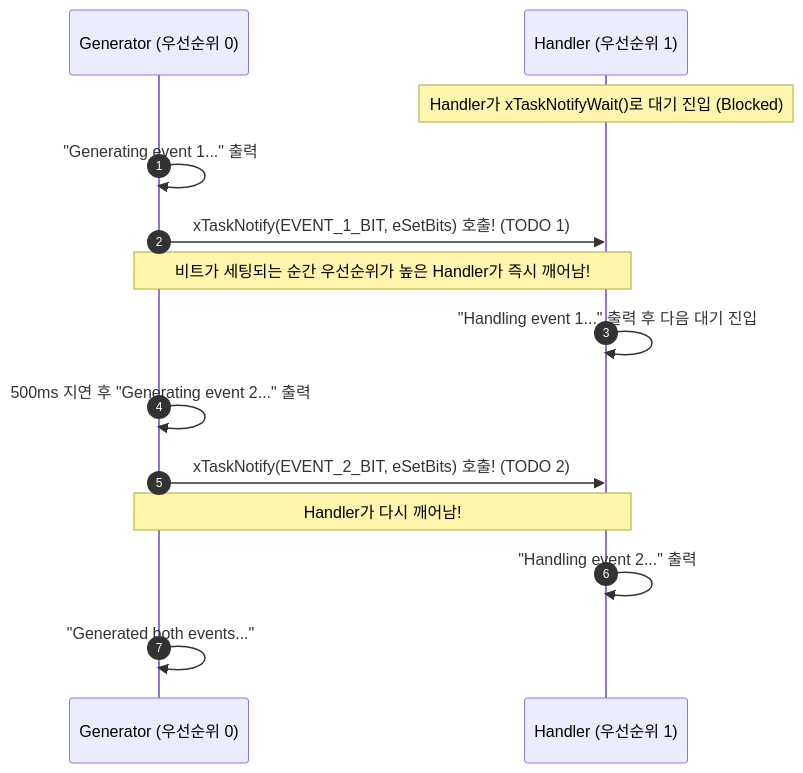
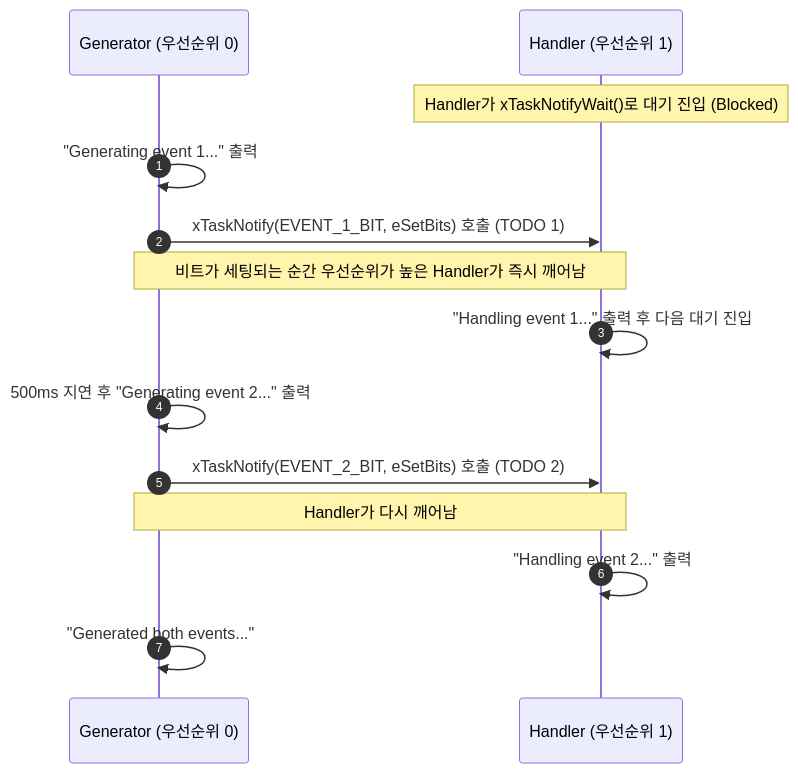
Before and after one commit to yunju-baek/FreeRTOS-Tutorials-ko: the second of 2 diagrams in ko/guides/tutorial_18.md, drawn with Mermaid. The commit also changed other lines of this file and 37 other files, not shown here.

````diff
--- a/ko/guides/tutorial_18.md
+++ b/ko/guides/tutorial_18.md
@@ -66,17 +72,17 @@
 ```mermaid
 sequenceDiagram
     autonumber
     participant Gen as Generator (우선순위 0)
     participant H as Handler (우선순위 1)
 
     Note over H: Handler가 xTaskNotifyWait()로 대기 진입 (Blocked)
     Gen->>Gen: "Generating event 1..." 출력
-    Gen->>H: xTaskNotify(EVENT_1_BIT, eSetBits) 호출! (TODO 1)
-    Note over Gen,H: 비트가 세팅되는 순간 우선순위가 높은 Handler가 즉시 깨어남!
+    Gen->>H: xTaskNotify(EVENT_1_BIT, eSetBits) 호출 (TODO 1)
+    Note over Gen,H: 비트가 세팅되는 순간 우선순위가 높은 Handler가 즉시 깨어남
     H->>H: "Handling event 1..." 출력 후 다음 대기 진입
     Gen->>Gen: 500ms 지연 후 "Generating event 2..." 출력
-    Gen->>H: xTaskNotify(EVENT_2_BIT, eSetBits) 호출! (TODO 2)
-    Note over Gen,H: Handler가 다시 깨어남!
+    Gen->>H: xTaskNotify(EVENT_2_BIT, eSetBits) 호출 (TODO 2)
+    Note over Gen,H: Handler가 다시 깨어남
     H->>H: "Handling event 2..." 출력
     Gen->>Gen: "Generated both events..."
 ```
````
